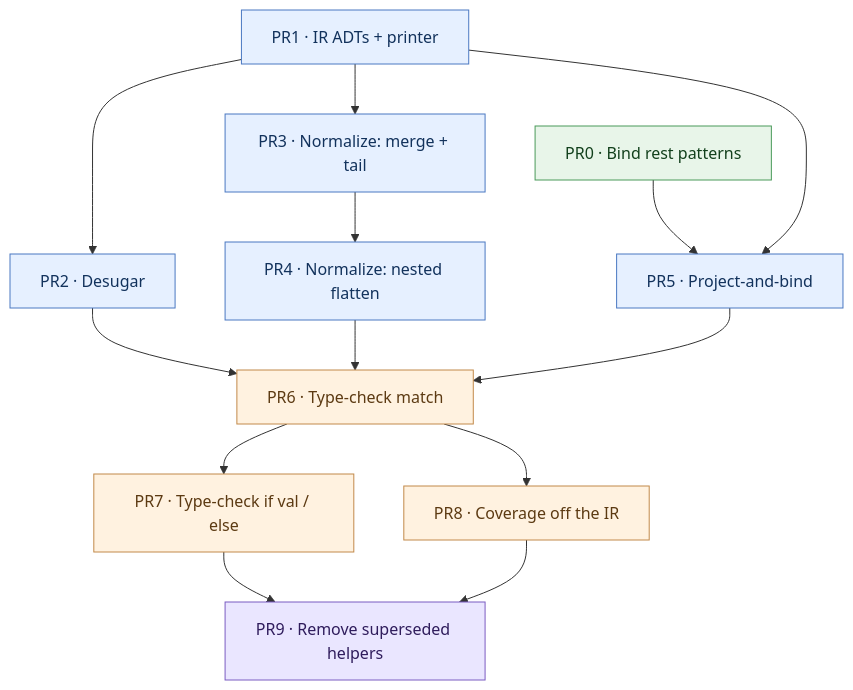
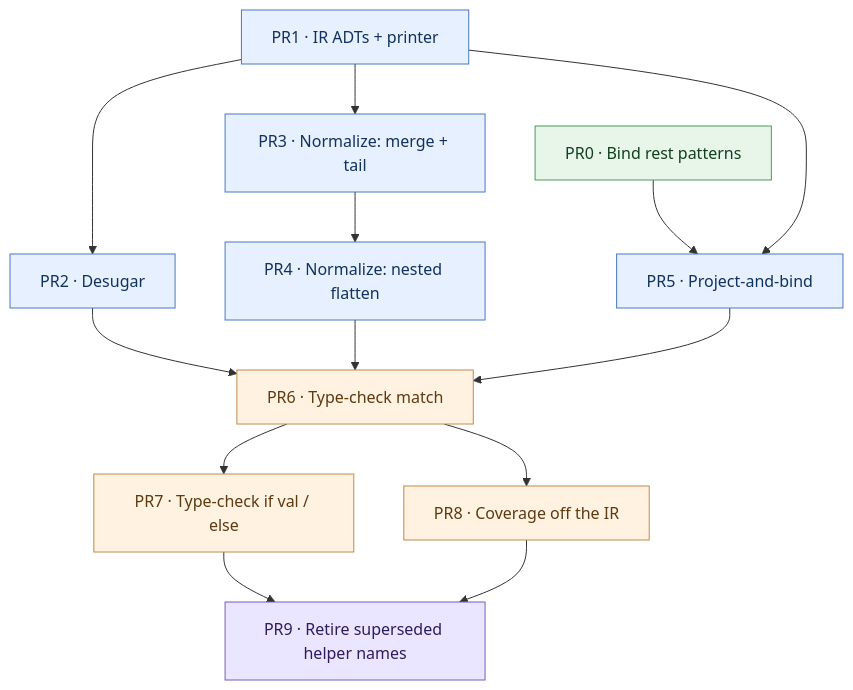
The diagram in planning/ucs/implementation_plan.md (escalier-lang/escalier), drawn with Mermaid before and after one commit. The commit also changed other lines of this file and 5 other files, not shown here.

````diff
--- a/planning/ucs/implementation_plan.md
+++ b/planning/ucs/implementation_plan.md
@@ -725,35 +743,35 @@
 ```mermaid
 graph TD
     PR0["PR0 · Bind rest patterns"]
     PR1["PR1 · IR ADTs + printer"]
     PR2["PR2 · Desugar"]
     PR3["PR3 · Normalize: merge + tail"]
     PR4["PR4 · Normalize: nested flatten"]
     PR5["PR5 · Project-and-bind"]
     PR6["PR6 · Type-check match"]
     PR7["PR7 · Type-check if val / else"]
     PR8["PR8 · Coverage off the IR"]
-    PR9["PR9 · Remove superseded helpers"]
+    PR9["PR9 · Retire superseded helper names"]
 
     PR0 --> PR5
     PR1 --> PR2
     PR1 --> PR3
     PR1 --> PR5
     PR3 --> PR4
     PR2 --> PR6
     PR4 --> PR6
     PR5 --> PR6
     PR6 --> PR7
     PR6 --> PR8
     PR7 --> PR9
     PR8 --> PR9
 
     classDef prereq fill:#e8f5e9,stroke:#4a9a5a,color:#12401c;
     classDef pure fill:#e6f0ff,stroke:#4a78c2,color:#12325c;
     classDef behavior fill:#fff2e0,stroke:#c2894a,color:#5c3a12;
     classDef cleanup fill:#eae6ff,stroke:#7a5cc2,color:#2f1c5c;
     class PR0 prereq;
     class PR1,PR2,PR3,PR4,PR5 pure;
     class PR6,PR7,PR8 behavior;
     class PR9 cleanup;
 ```
````
